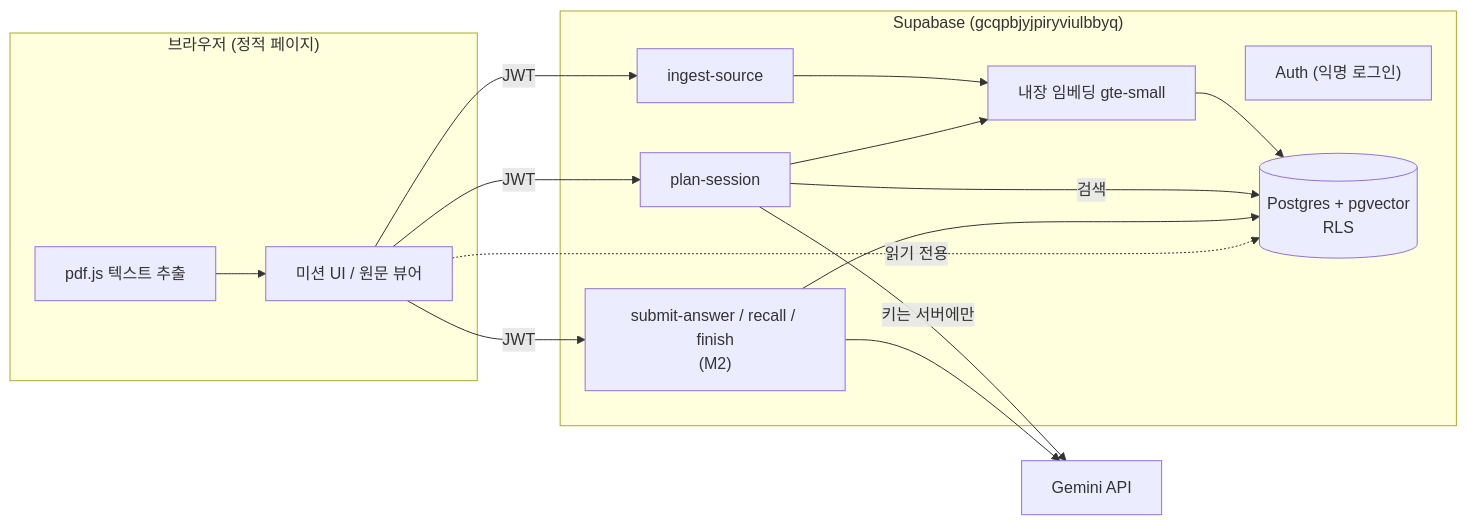
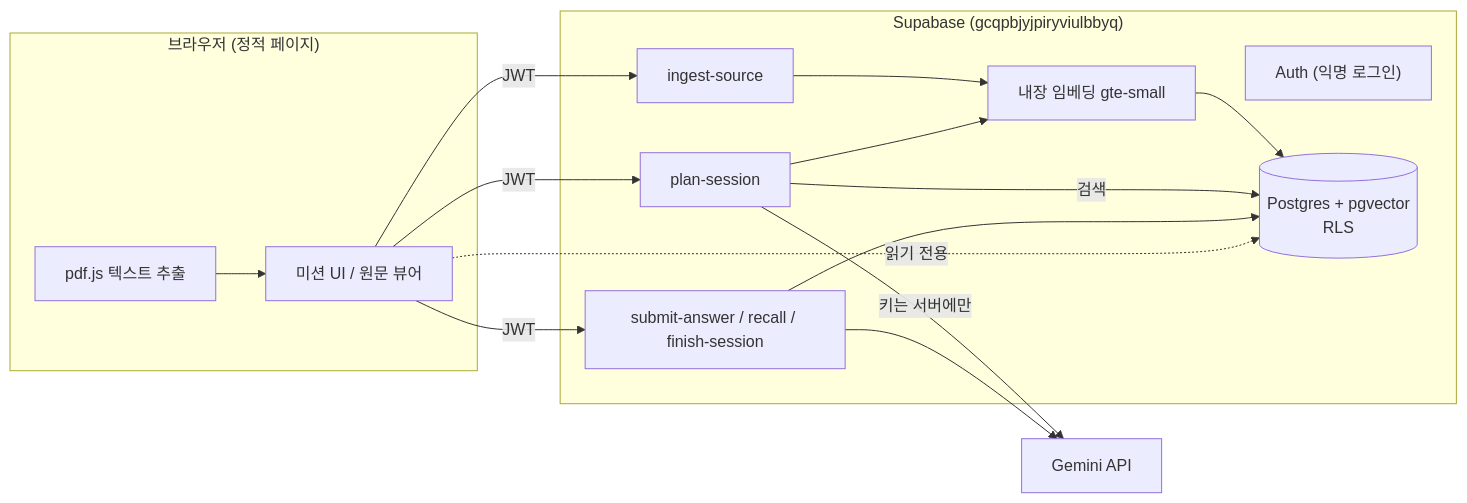
One commit to Nahye26/ReadMate changed the diagram in docs/DESIGN.md. Above: the diagram before and after it, drawn with Mermaid. The commit also changed other lines of this file and 6 other files, not shown here.

First line of the commit message:
feat: recall(인출 확인)과 finish-session(세션 요약 저장) 추가

````diff
--- a/docs/DESIGN.md
+++ b/docs/DESIGN.md
@@ -24,25 +24,25 @@
 ```mermaid
 flowchart LR
   subgraph Browser["브라우저 (정적 페이지)"]
     UI["미션 UI / 원문 뷰어"]
     PDF["pdf.js 텍스트 추출"]
   end
   subgraph Supabase["Supabase (gcqpbjyjpiryviulbbyq)"]
     Auth["Auth (익명 로그인)"]
     F1["ingest-source"]
     F2["plan-session"]
-    F3["submit-answer / recall / finish<br/>(M2)"]
+    F3["submit-answer / recall / finish-session"]
     DB[("Postgres + pgvector<br/>RLS")]
     EMB["내장 임베딩 gte-small"]
   end
   LLM["Gemini API"]
   PDF --> UI
   UI -->|JWT| F1 & F2 & F3
   F1 --> EMB --> DB
   F2 --> EMB
   F2 -->|검색| DB
   F2 -->|키는 서버에만| LLM
   F3 --> LLM
   F3 --> DB
   UI -.읽기 전용.-> DB
 ```
````
